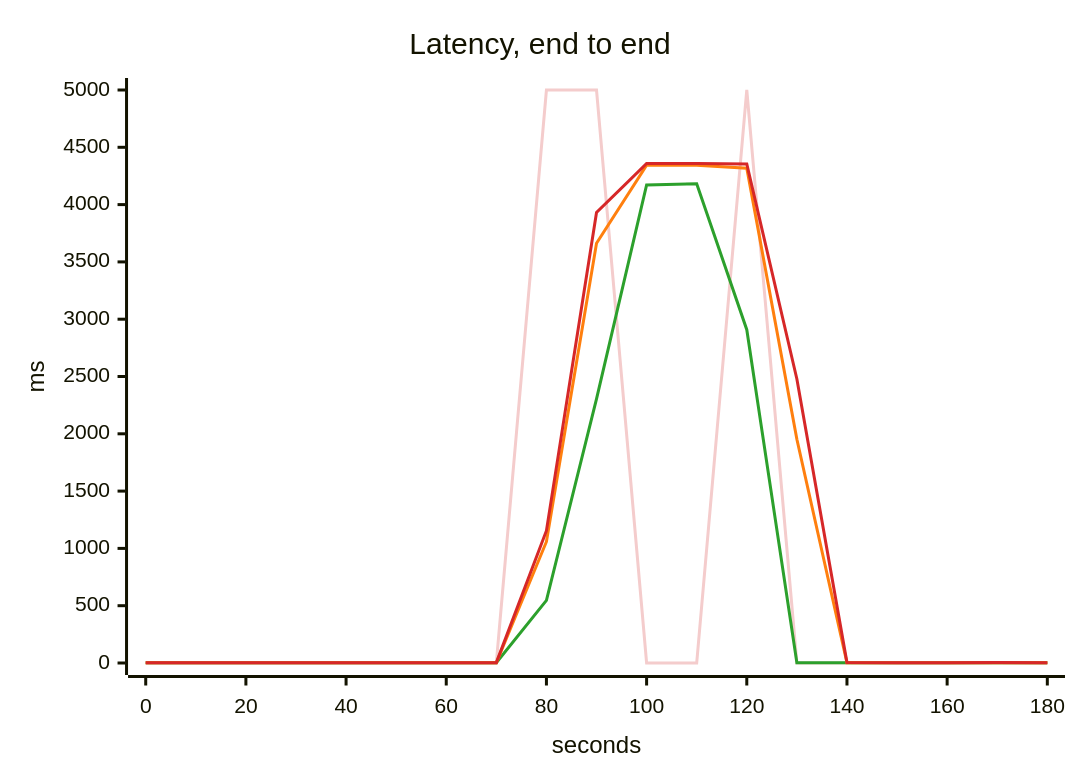
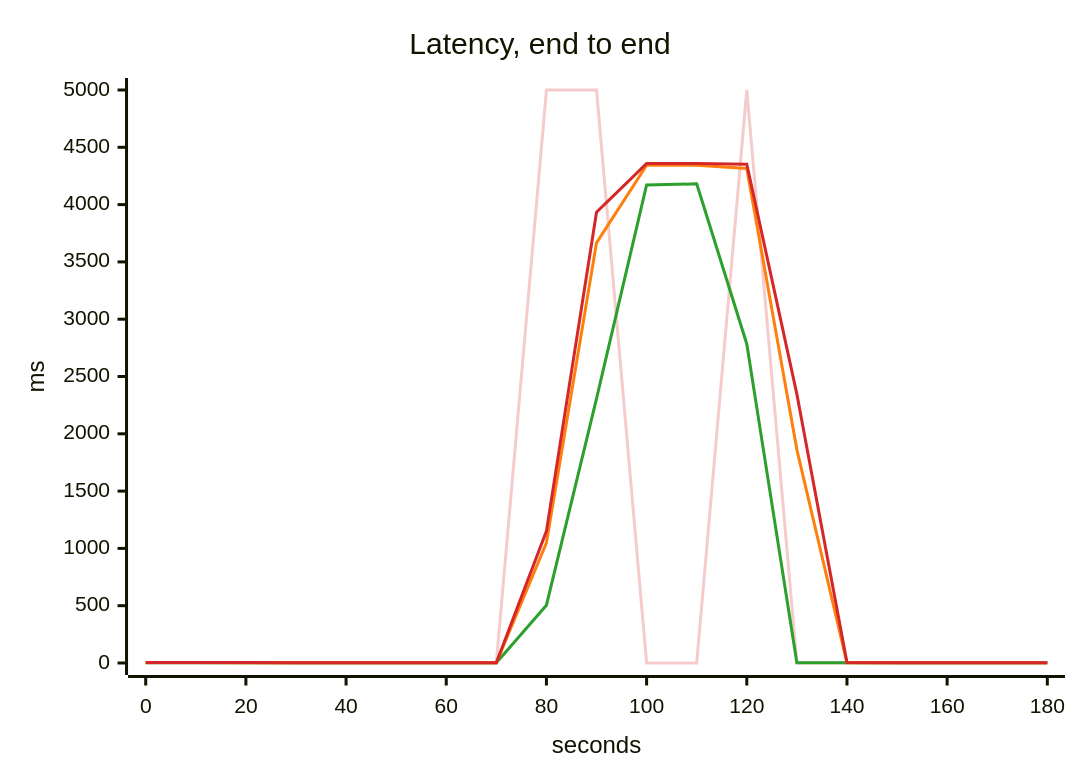
The third of 5 diagrams in scenarios/featured-on-hacker-news/solutions/scale-on-inflight/report.md (akinfemi/load-lore), drawn with Mermaid before and after one commit. The commit also changed other lines of this file and 125 other files, not shown here.

````diff
--- a/scenarios/featured-on-hacker-news/solutions/scale-on-inflight/report.md
+++ b/scenarios/featured-on-hacker-news/solutions/scale-on-inflight/report.md
@@ -58,17 +58,17 @@
 ```mermaid
 ---
 config:
   themeVariables:
     xyChart:
       backgroundColor: "transparent"
       plotColorPalette: "#f4cccc, #2ca02c, #ff7f0e, #d62728"
 ---
 xychart-beta
     title "Latency, end to end"
     x-axis "seconds" 0 --> 180
     y-axis "ms" 0 --> 5000
     line [0, 0, 0, 0, 0, 0, 0, 0, 5000, 5000, 0, 0, 5000, 0, 0, 0, 0, 0, 0]
-    line [2.388, 2.38, 2.113, 2.096, 2.093, 2.097, 2.056, 2.035, 546.121, 2304.768, 4172.049, 4181.015, 2908.425, 2.038, 1.994, 1.985, 1.991, 1.997, 1.997]
-    line [2.649, 2.588, 2.457, 2.312, 2.308, 2.312, 2.293, 2.29, 1058.448, 3662.203, 4343.033, 4343.929, 4318.002, 1952.574, 2.322, 2.289, 2.303, 2.312, 2.304]
-    line [3.042, 2.741, 2.603, 2.479, 2.452, 2.484, 2.325, 3.222, 1154.735, 3930.931, 4358.231, 4358.411, 4354.277, 2478.271, 3.891, 2.894, 3.254, 3.465, 3.162]
+    line [2.975, 2.454, 2.115, 2.077, 2.082, 2.085, 2.053, 2.03, 504.284, 2306.569, 4170.92, 4181.015, 2783.939, 2.031, 1.977, 1.971, 1.979, 1.98, 1.976]
+    line [4.153, 3.558, 2.937, 2.309, 2.307, 2.313, 2.292, 2.273, 1048.702, 3666.169, 4342.92, 4343.929, 4315.818, 1862.178, 2.32, 2.284, 2.296, 2.31, 2.292]
+    line [5.023, 4.039, 3.696, 2.664, 2.447, 3.053, 2.362, 2.321, 1150.478, 3932.833, 4358.209, 4358.411, 4352.788, 2346.026, 3.572, 2.833, 2.981, 3.26, 2.979]
 ```
````
